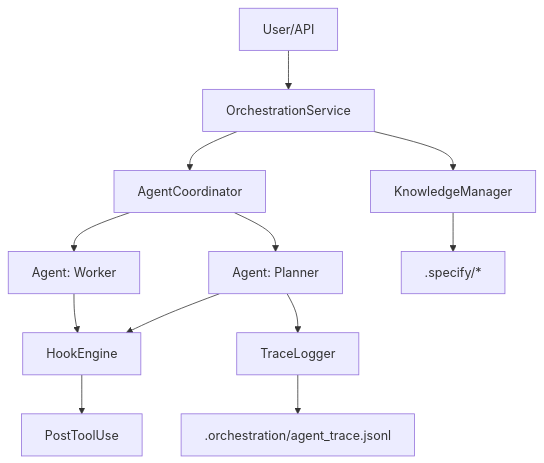
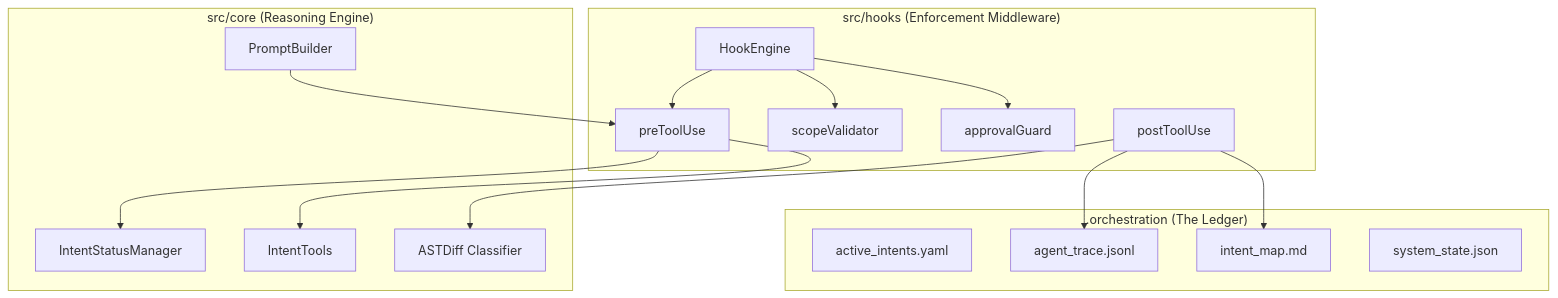
Before and after one commit to Deregit2025/Roo-Code: the first of 5 diagrams in docs/ROO-ARCHITECTURE_REPORT.md, drawn with Mermaid. The commit also changed other lines of this file, not shown here.

First line of the commit message:
docs: add comprehensive technical architecture and audit report

````diff
--- a/docs/ROO-ARCHITECTURE_REPORT.md
+++ b/docs/ROO-ARCHITECTURE_REPORT.md
@@ -90,14 +31,34 @@
 ```mermaid
-flowchart TD
-  User[User/API] --> OS[OrchestrationService]
-  OS --> AC[AgentCoordinator]
-  AC --> AgentA[Agent: Planner]
-  AC --> AgentB[Agent: Worker]
-  AgentA --> HookEngine
-  AgentB --> HookEngine
-  HookEngine --> PostToolUse
-  AgentA --> TraceLogger
-  TraceLogger --> agent_trace[.orchestration/agent_trace.jsonl]
-  OS --> KM[KnowledgeManager]
-  KM --> .specify[.specify/*]
+graph TD
+    subgraph ".orchestration (The Ledger)"
+        Y[active_intents.yaml]
+        J[agent_trace.jsonl]
+        M[intent_map.md]
+        S[system_state.json]
+    end
+
+    subgraph "src/core (Reasoning Engine)"
+        ISM[IntentStatusManager]
+        IT[IntentTools]
+        AD[ASTDiff Classifier]
+        PB[PromptBuilder]
+    end
+
+    subgraph "src/hooks (Enforcement Middleware)"
+        HE[HookEngine]
+        PRE[preToolUse]
+        SV[scopeValidator]
+        AG[approvalGuard]
+        POST[postToolUse]
+    end
+
+    HE --> PRE
+    HE --> SV
+    HE --> AG
+    PRE --> ISM
+    PRE --> IT
+    POST --> AD
+    POST --> J
+    POST --> M
+    PB --> PRE
 ```
````
